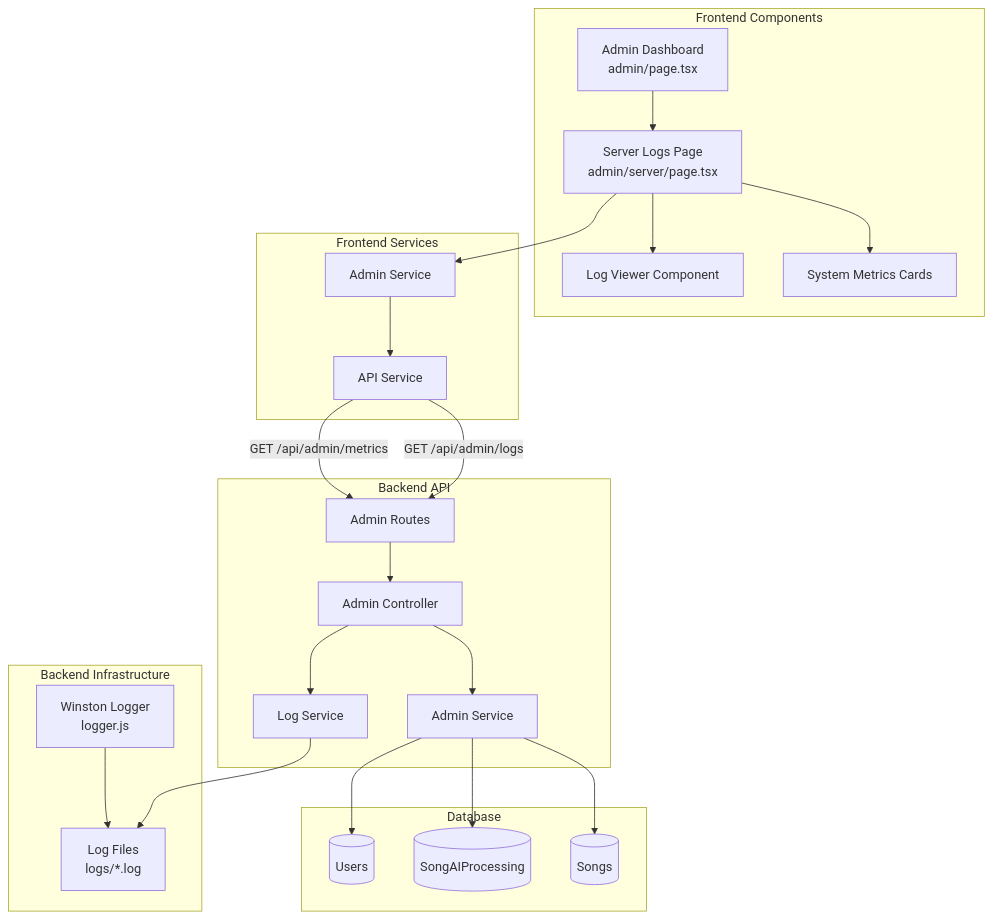
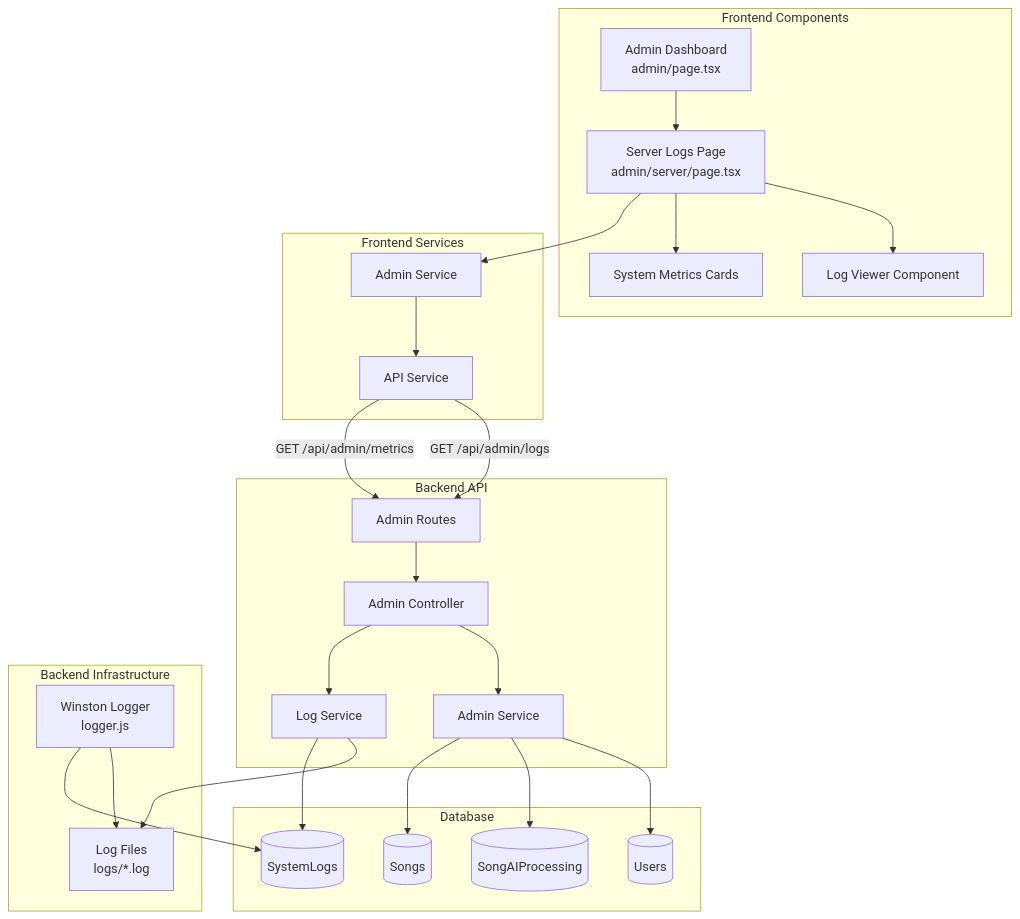
Diagram 19 of 21 in diagrams/component-diagrams.md (tikpoptv/MUSE-MUSIC), drawn with Mermaid before and after one commit. The commit also changed other lines of this file and 6 other files, not shown here.

First line of the commit message:
Update system diagrams for Prompts and SystemLogs

````diff
--- a/diagrams/component-diagrams.md
+++ b/diagrams/component-diagrams.md
@@ -1189,52 +1189,55 @@
 ```mermaid
 graph TB
     subgraph "Frontend Components"
         ADMINPAGE[Admin Dashboard<br/>admin/page.tsx]
         SERVERPAGE[Server Logs Page<br/>admin/server/page.tsx]
         LOGVIEWER[Log Viewer Component]
         METRICSCARD[System Metrics Cards]
     end
     
     subgraph "Frontend Services"
         ADMINSVC_F[Admin Service]
         APISVC_F[API Service]
     end
     
     subgraph "Backend API"
         ADMINROUTE[Admin Routes]
         ADMINCTRL[Admin Controller]
         ADMINSVC_B[Admin Service]
         LOGSVC[Log Service]
     end
     
     subgraph "Backend Infrastructure"
         LOGGER[Winston Logger<br/>logger.js]
         LOGFILES[Log Files<br/>logs/*.log]
     end
     
     subgraph "Database"
         USERS[(Users)]
         PROCESSING[(SongAIProcessing)]
         SONGS[(Songs)]
+        SYSTEMLOGS[(SystemLogs)]
     end
     
     ADMINPAGE --> SERVERPAGE
     SERVERPAGE --> LOGVIEWER
     SERVERPAGE --> METRICSCARD
     
     SERVERPAGE --> ADMINSVC_F
     ADMINSVC_F --> APISVC_F
     APISVC_F -->|GET /api/admin/logs| ADMINROUTE
     APISVC_F -->|GET /api/admin/metrics| ADMINROUTE
     
     ADMINROUTE --> ADMINCTRL
     ADMINCTRL --> ADMINSVC_B
     ADMINCTRL --> LOGSVC
     
     LOGSVC --> LOGFILES
+    LOGSVC --> SYSTEMLOGS
     ADMINSVC_B --> USERS
     ADMINSVC_B --> PROCESSING
     ADMINSVC_B --> SONGS
     
     LOGGER --> LOGFILES
+    LOGGER --> SYSTEMLOGS
 ```
````
